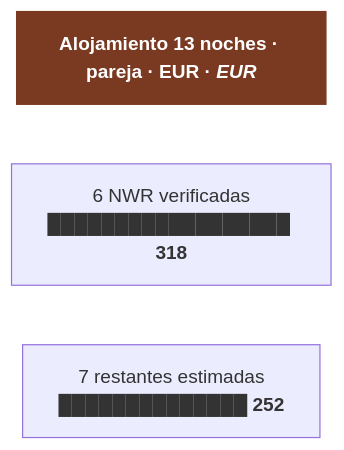
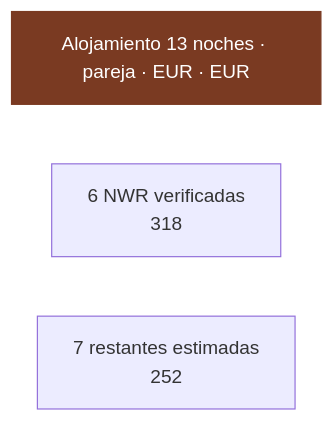
Before and after one commit to morandeirachema/namibia: the second of 5 diagrams in 02-presupuesto.md, drawn with Mermaid. The commit also changed other lines of this file and 14 other files, not shown here.

Commit message:
Arreglar el renderizado de los diagramas en GitHub: fuera emojis, negritas y barras ASCII de dentro de los nodos, que descuadraban la medida y recortaban el texto

````diff
--- a/02-presupuesto.md
+++ b/02-presupuesto.md
@@ -127,9 +127,9 @@
 ```mermaid
 flowchart TD
-    T["<b>Alojamiento 13 noches · pareja · EUR · <i>EUR</i></b>"]
-    n0["6 NWR verificadas<br/>██████████████████ <b>318</b>"]
-    n1["7 restantes estimadas<br/>██████████████ <b>252</b>"]
+    T["Alojamiento 13 noches · pareja · EUR · EUR"]
+    n0["6 NWR verificadas<br/>318"]
+    n1["7 restantes estimadas<br/>252"]
     T ~~~ n0
     n0 ~~~ n1
     style T fill:#7a3a22,color:#fff,stroke:#7a3a22
 ```
````
